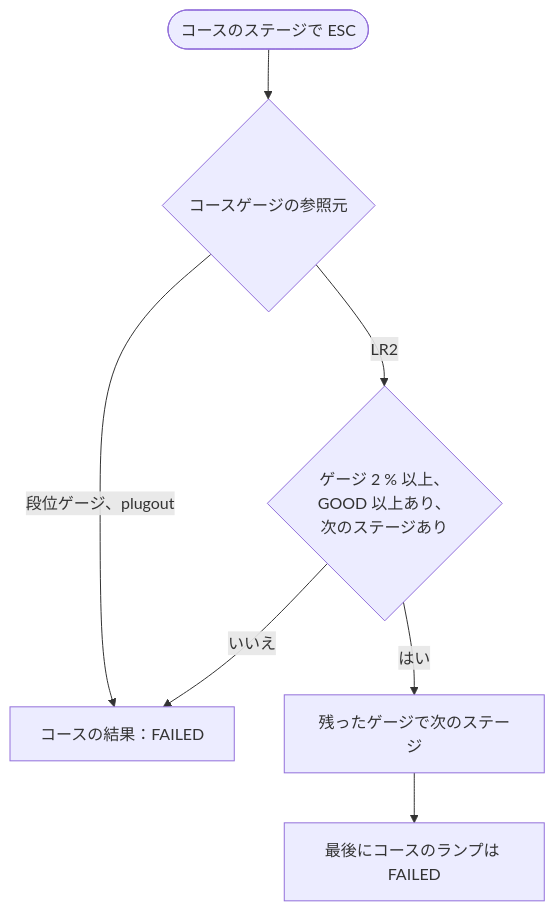
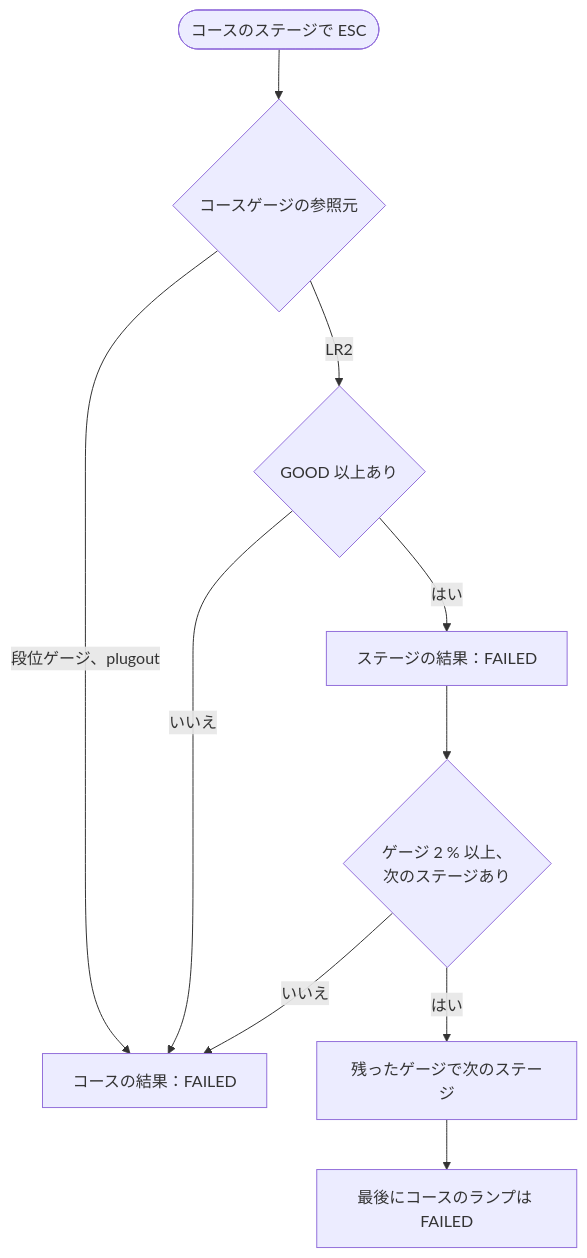
One commit to nulltask/be-music changed diagram 11 of 13 in docs/course.ja.md. Above: the diagram before and after it, drawn with Mermaid. The commit also changed other lines of this file and 17 other files, not shown here.

First line of the commit message:
fix(app-play): show a course stage given up as FAILED on LR2's gauge

````diff
--- a/docs/course.ja.md
+++ b/docs/course.ja.md
@@ -392,9 +392,12 @@
 ```mermaid
 flowchart TD
   esc(["コースのステージで ESC"]) --> source{"コースゲージの参照元"}
-  source -- "LR2" --> holds{"ゲージ 2 % 以上、\nGOOD 以上あり、\n次のステージあり"}
+  source -- "LR2" --> judged{"GOOD 以上あり"}
   source -- "段位ゲージ、plugout" --> fail["コースの結果：FAILED"]
+  judged -- "はい" --> stage["ステージの結果：FAILED"]
+  judged -- "いいえ" --> fail
+  stage --> holds{"ゲージ 2 % 以上、\n次のステージあり"}
   holds -- "はい" --> next["残ったゲージで次のステージ"]
   holds -- "いいえ" --> fail
   next --> lamp["最後にコースのランプは FAILED"]
 ```
````
